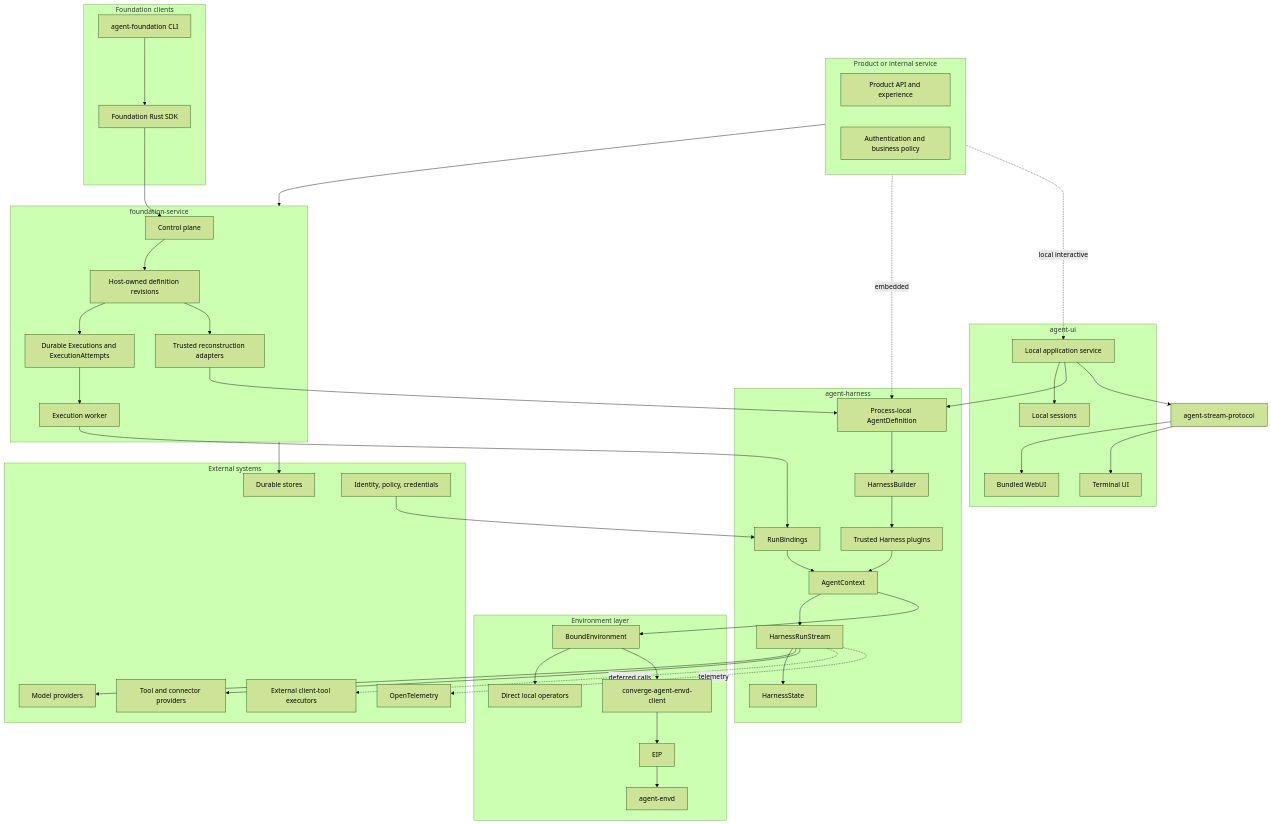
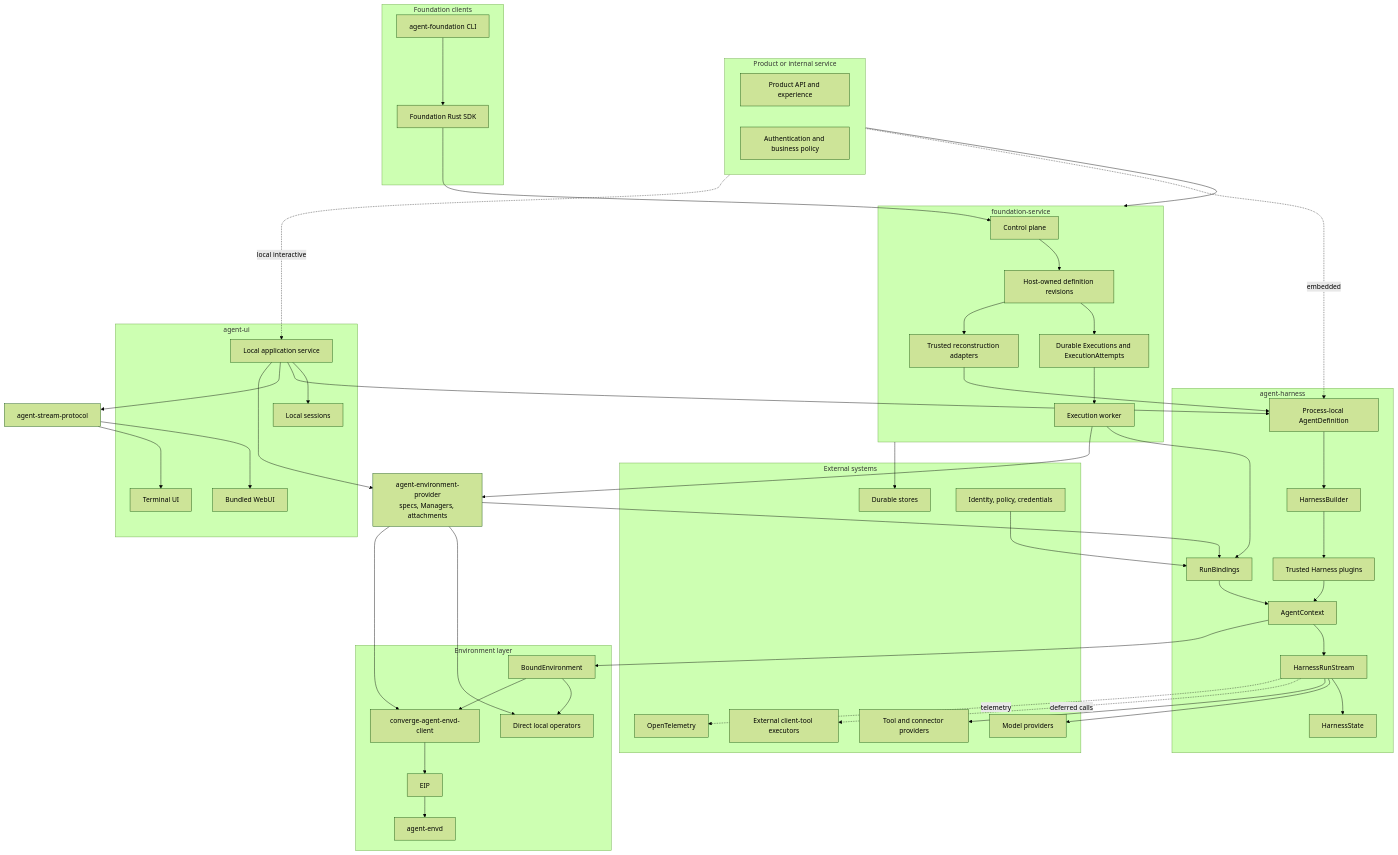
Before and after one commit to LTThreeComma/agent-foundation: the first of 4 diagrams in spec/README.md, drawn with Mermaid (forest theme). The commit also changed other lines of this file and 86 other files, not shown here.

````diff
--- a/spec/README.md
+++ b/spec/README.md
@@ -22,77 +23,81 @@
 ```mermaid
 flowchart TB
     subgraph Product[Product or internal service]
         API[Product API and experience]
         Policy[Authentication and business policy]
     end
 
     subgraph Service[foundation-service]
         Control[Control plane]
         Definitions[Host-owned definition revisions]
         Lifecycle[Durable Executions and ExecutionAttempts]
         Worker[Execution worker]
         Reconstruct[Trusted reconstruction adapters]
     end
 
     subgraph LocalUI[agent-ui]
         AppService[Local application service]
         Sessions[Local sessions]
         WebUI[Bundled WebUI]
         TUI[Terminal UI]
     end
 
     subgraph FoundationClients[Foundation clients]
         FoundationCLI[agent-foundation CLI]
         RustSDK[Foundation Rust SDK]
     end
 
     subgraph Harness[agent-harness]
         Definition[Process-local AgentDefinition]
         Builder[HarnessBuilder]
         Plugins[Trusted Harness plugins]
         Bindings[RunBindings]
         Context[AgentContext]
         Run[HarnessRunStream]
         State[HarnessState]
     end
 
     StreamProtocol[agent-stream-protocol]
+    ProviderPackage[agent-environment-provider<br/>specs, Managers, attachments]
 
     subgraph Environment[Environment layer]
         Bound[BoundEnvironment]
         Local[Direct local operators]
         EIPClient[converge-agent-envd-client]
         EIP[EIP]
         Envd[agent-envd]
     end
 
     subgraph External[External systems]
         Models[Model providers]
         Tools[Tool and connector providers]
         Stores[Durable stores]
         Identity[Identity, policy, credentials]
         Clients[External client-tool executors]
         OTel[OpenTelemetry]
     end
 
     Product --> Service
     FoundationCLI --> RustSDK --> Control
     Product -. embedded .-> Definition
     Product -. local interactive .-> AppService
     AppService --> Sessions
     AppService --> Definition
     AppService --> StreamProtocol --> WebUI & TUI
     Control --> Definitions --> Lifecycle --> Worker
     Definitions --> Reconstruct --> Definition
     Definition --> Builder --> Plugins
     Worker --> Bindings
     Identity --> Bindings
     Plugins & Bindings --> Context --> Run --> State
     Run --> Models & Tools
     Run -. deferred calls .-> Clients
+    Worker & AppService --> ProviderPackage
+    ProviderPackage --> Local & EIPClient
+    ProviderPackage --> Bindings
     Context --> Bound
     Bound --> Local
     Bound --> EIPClient --> EIP --> Envd
     Service --> Stores
     Run -. telemetry .-> OTel
 ```
````
